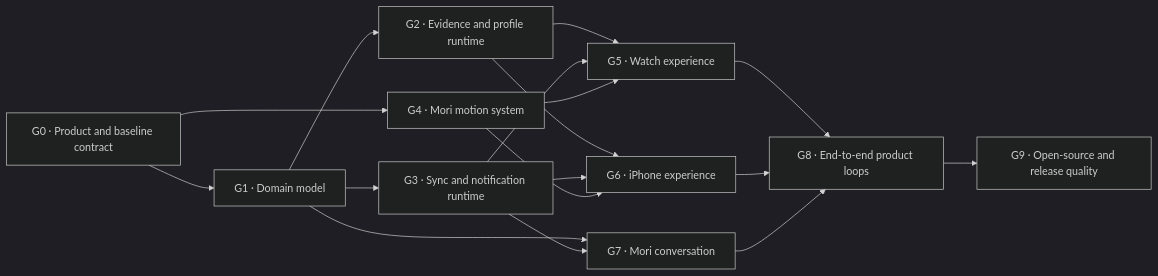
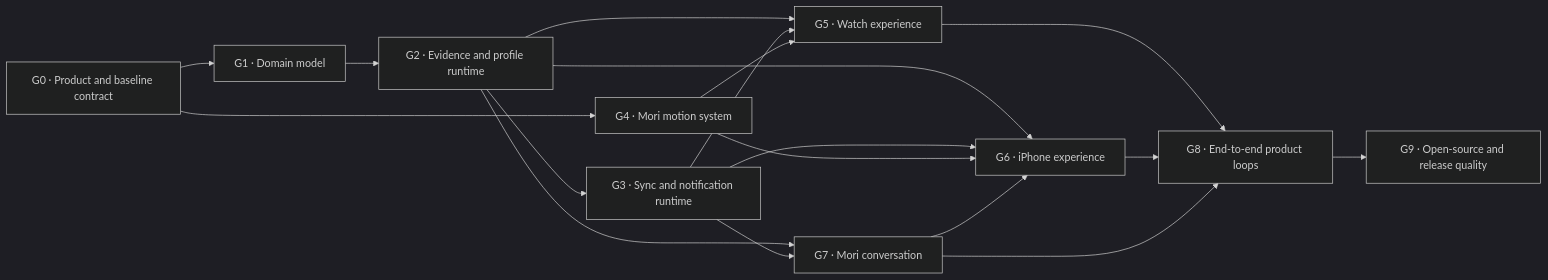
One commit to dark-Qy/Mori changed the diagram in docs/mori-rebuild-goal-plan.md. Above: the diagram before and after it, drawn with Mermaid (dark theme). The commit also changed other lines of this file and 28 other files, not shown here.

````diff
--- a/docs/mori-rebuild-goal-plan.md
+++ b/docs/mori-rebuild-goal-plan.md
@@ -35,30 +43,31 @@
 ```mermaid
 flowchart LR
   G0["G0 · Product and baseline contract"]
   G1["G1 · Domain model"]
   G2["G2 · Evidence and profile runtime"]
   G3["G3 · Sync and notification runtime"]
   G4["G4 · Mori motion system"]
   G5["G5 · Watch experience"]
   G6["G6 · iPhone experience"]
   G7["G7 · Mori conversation"]
   G8["G8 · End-to-end product loops"]
   G9["G9 · Open-source and release quality"]
 
   G0 --> G1
   G0 --> G4
   G1 --> G2
-  G1 --> G3
+  G2 --> G3
   G2 --> G5
   G3 --> G5
   G2 --> G6
   G3 --> G6
   G4 --> G5
   G4 --> G6
-  G1 --> G7
+  G2 --> G7
   G3 --> G7
+  G7 --> G6
   G5 --> G8
   G6 --> G8
   G7 --> G8
   G8 --> G9
 ```
````
